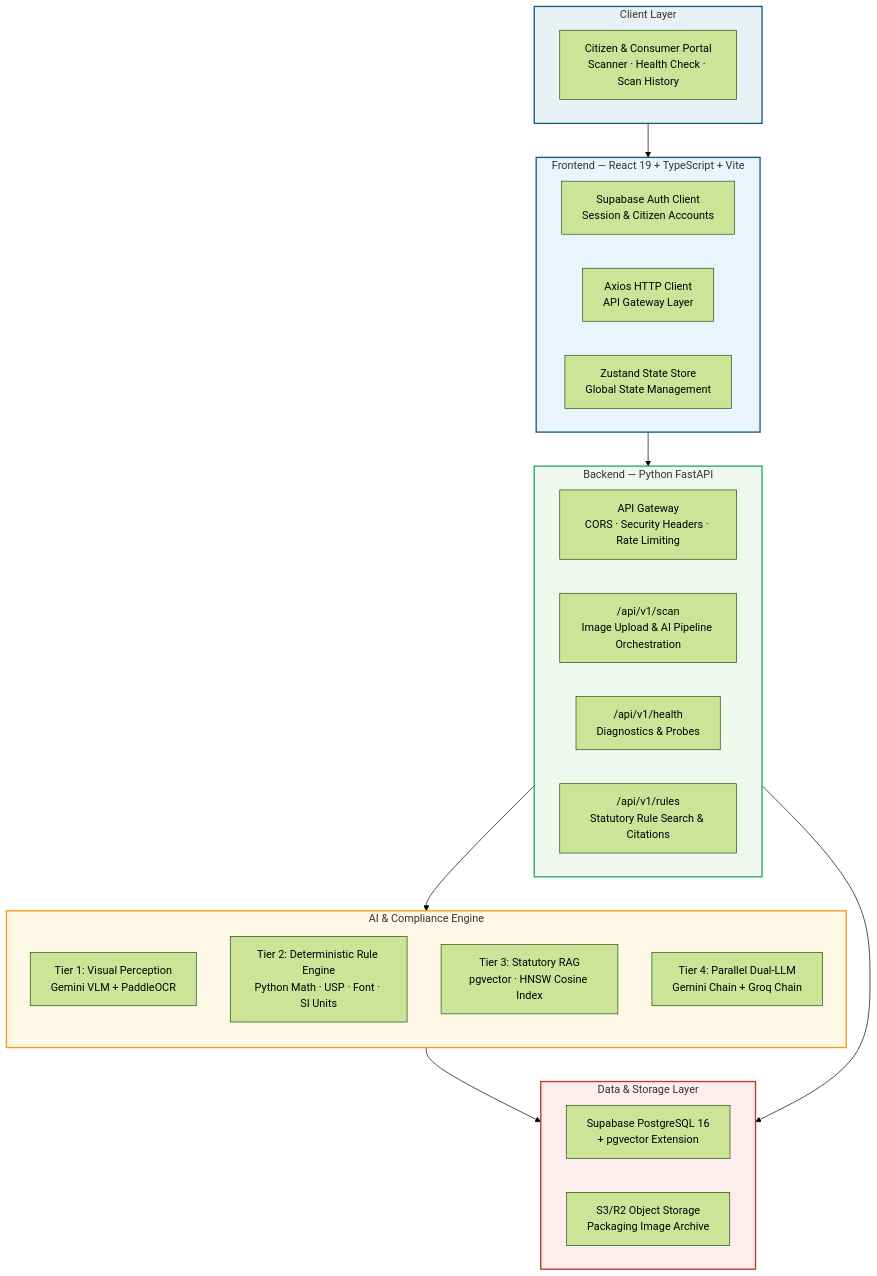
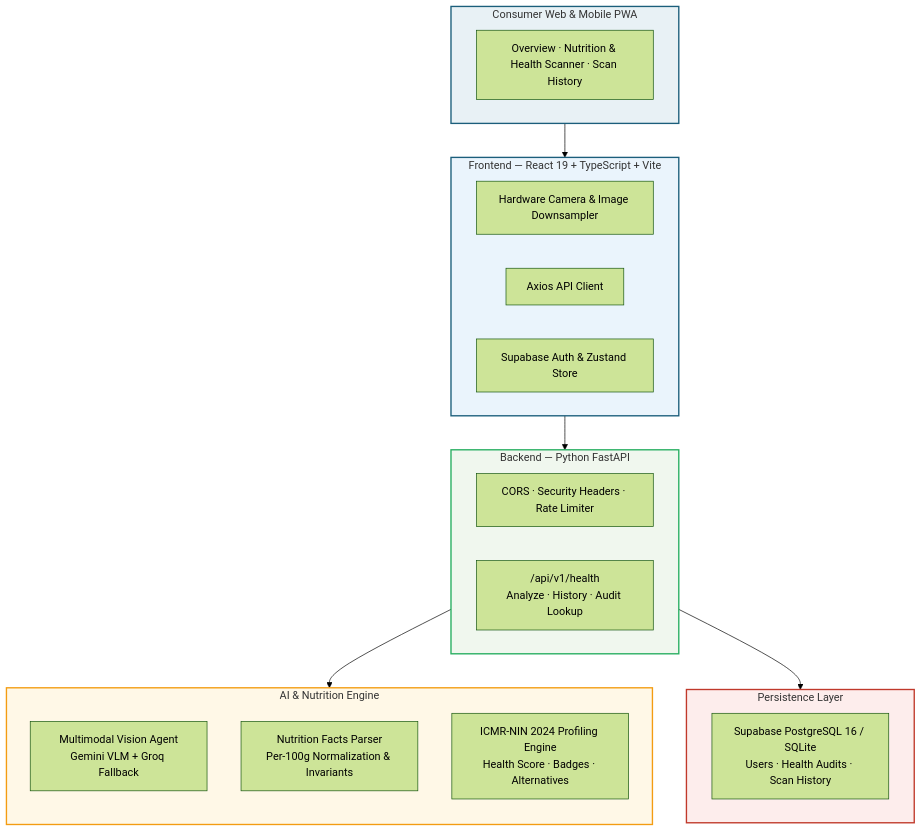
The first of 2 diagrams in README.md (z-lovejeet/PackDrishti), drawn with Mermaid (forest theme) before and after one commit. The commit also changed other lines of this file and 159 other files, not shown here.

Commit message:
chore: remove compliance check feature, dataset, and statutory modules for pure consumer nutrition & health app

````diff
--- a/README.md
+++ b/README.md
@@ -153,47 +109,41 @@
 ```mermaid
 graph TB
-    subgraph CLIENT["Client Layer"]
-        CONSUMER["Citizen & Consumer Portal<br/>Scanner · Health Check · Scan History"]
+    subgraph CLIENT["Consumer Web & Mobile PWA"]
+        UI["Overview · Nutrition & Health Scanner · Scan History"]
     end
 
     subgraph FRONTEND["Frontend — React 19 + TypeScript + Vite"]
         direction LR
-        SUPAAUTH["Supabase Auth Client<br/>Session & Citizen Accounts"]
-        AXIOS["Axios HTTP Client<br/>API Gateway Layer"]
-        ZUSTAND["Zustand State Store<br/>Global State Management"]
+        CAMERA["Hardware Camera & Image Downsampler"]
+        AXIOS["Axios API Client"]
+        AUTH["Supabase Auth & Zustand Store"]
     end
 
     subgraph BACKEND["Backend — Python FastAPI"]
         direction LR
-        GATEWAY["API Gateway<br/>CORS · Security Headers · Rate Limiting"]
-        SCAN_EP["/api/v1/scan<br/>Image Upload & AI Pipeline Orchestration"]
-        HEALTH_EP["/api/v1/health<br/>Diagnostics & Probes"]
-        RULES_EP["/api/v1/rules<br/>Statutory Rule Search & Citations"]
+        GATEWAY["CORS · Security Headers · Rate Limiter"]
+        HEALTH_EP["/api/v1/health<br/>Analyze · History · Audit Lookup"]
     end
 
-    subgraph AI["AI & Compliance Engine"]
+    subgraph AI["AI & Nutrition Engine"]
         direction TB
-        EXTRACTOR["Tier 1: Visual Perception<br/>Gemini VLM + PaddleOCR"]
-        RULES["Tier 2: Deterministic Rule Engine<br/>Python Math · USP · Font · SI Units"]
-        RAG["Tier 3: Statutory RAG<br/>pgvector · HNSW Cosine Index"]
-        DUALLLM["Tier 4: Parallel Dual-LLM<br/>Gemini Chain + Groq Chain"]
+        VLM["Multimodal Vision Agent<br/>Gemini VLM + Groq Fallback"]
+        PARSER["Nutrition Facts Parser<br/>Per-100g Normalization & Invariants"]
+        SCORER["ICMR-NIN 2024 Profiling Engine<br/>Health Score · Badges · Alternatives"]
     end
 
-    subgraph DATA["Data & Storage Layer"]
-        direction LR
-        SUPABASE["Supabase PostgreSQL 16<br/>+ pgvector Extension"]
-        R2["S3/R2 Object Storage<br/>Packaging Image Archive"]
+    subgraph DATA["Persistence Layer"]
+        DB["Supabase PostgreSQL 16 / SQLite<br/>Users · Health Audits · Scan History"]
     end
 
     CLIENT --> FRONTEND
     FRONTEND --> BACKEND
     BACKEND --> AI
-    AI --> DATA
     BACKEND --> DATA
 
     style CLIENT fill:#E8F1F5,stroke:#1B5E7B,stroke-width:2px
     style FRONTEND fill:#EAF4FC,stroke:#1B5E7B,stroke-width:2px
     style BACKEND fill:#F0F7EE,stroke:#27AE60,stroke-width:2px
     style AI fill:#FFF8E7,stroke:#F39C12,stroke-width:2px
     style DATA fill:#FDEDEC,stroke:#C0392B,stroke-width:2px
 ```
````
